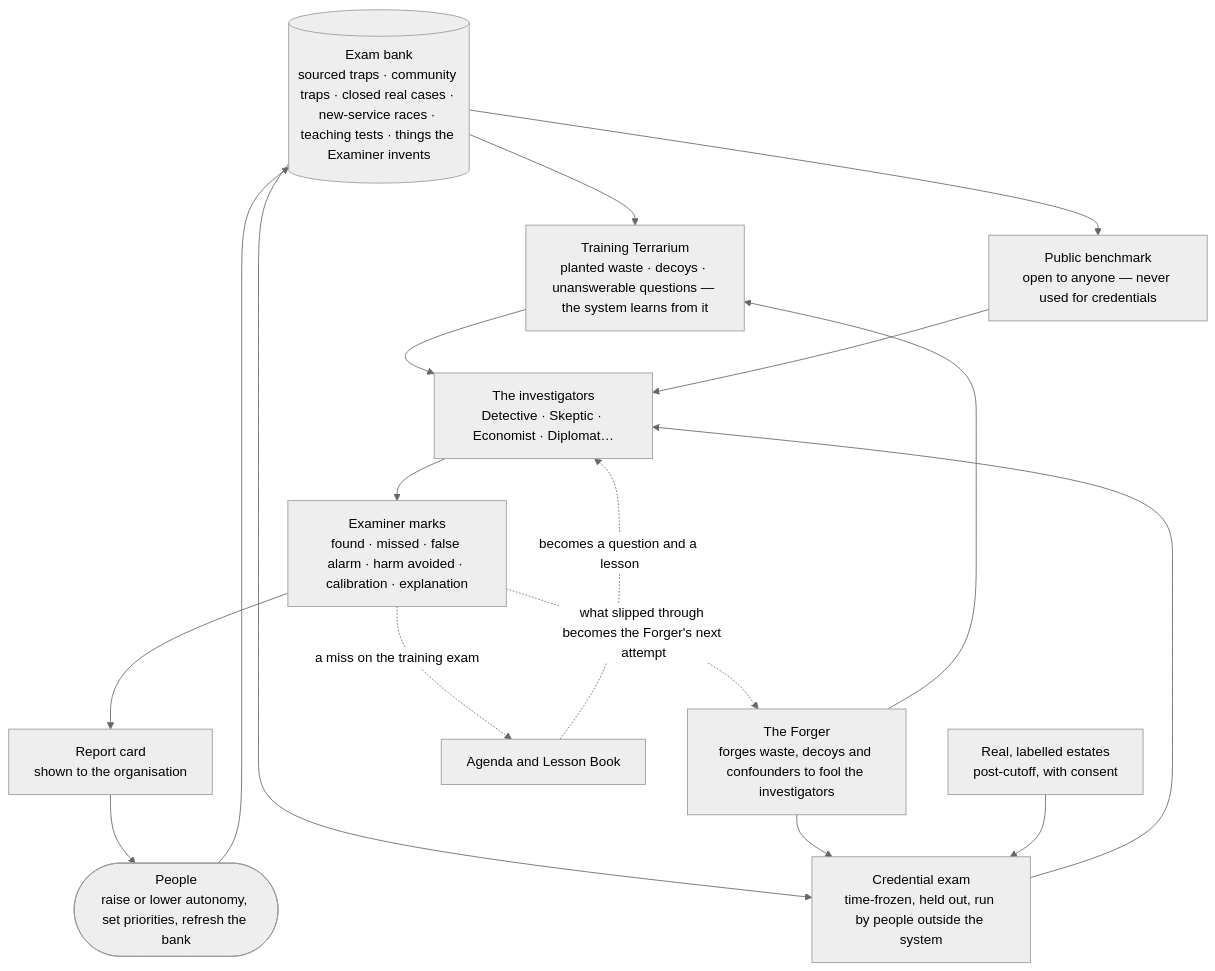
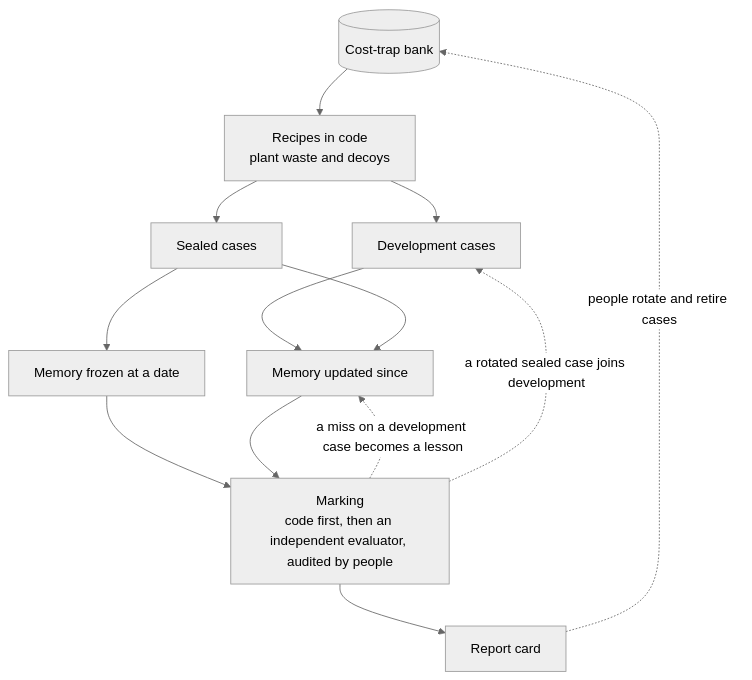
Before and after one commit to tinodo/meternaut: the diagram in docs/07-getting-smarter.md, drawn with Mermaid (neutral theme). The commit also changed other lines of this file and 69 other files, not shown here.

````diff
--- a/docs/07-getting-smarter.md
+++ b/docs/07-getting-smarter.md
@@ -84,30 +73,23 @@
 ```mermaid
 flowchart TB
-    EB[("Exam bank<br/>sourced traps · community traps · closed real cases · new-service races · teaching tests · things the Examiner invents")]
-    FG["The Forger<br/>forges waste, decoys and confounders to fool the investigators"]
-    TR["Training Terrarium<br/>planted waste · decoys · unanswerable questions — the system learns from it"]
-    PB["Public benchmark<br/>open to anyone — never used for credentials"]
-    CE["Credential exam<br/>time-frozen, held out, run by people outside the system"]
-    RE["Real, labelled estates<br/>post-cutoff, with consent"]
-    IN["The investigators<br/>Detective · Skeptic · Economist · Diplomat…"]
-    SC["Examiner marks<br/>found · missed · false alarm · harm avoided · calibration · explanation"]
-    RC["Report card<br/>shown to the organisation"]
-    AG["Agenda and Lesson Book"]
-    HU(["People<br/>raise or lower autonomy, set priorities, refresh the bank"])
-    EB --> TR
-    EB --> PB
-    EB --> CE
-    FG --> TR
-    FG --> CE
-    RE --> CE
-    TR --> IN
-    PB --> IN
-    CE --> IN
-    IN --> SC
-    SC --> RC
-    RC --> HU
-    HU --> EB
-    SC -.->|"a miss on the training exam"| AG
-    AG -.->|"becomes a question and a lesson"| IN
-    SC -.->|"what slipped through becomes the Forger's next attempt"| FG
+    BK[("Cost-trap bank")]
+    GEN["Recipes in code<br/>plant waste and decoys"]
+    DEV["Development cases"]
+    SEAL["Sealed cases"]
+    FZ["Memory frozen at a date"]
+    UP["Memory updated since"]
+    MK["Marking<br/>code first, then an independent evaluator, audited by people"]
+    RC["Report card"]
+    BK --> GEN
+    GEN --> DEV
+    GEN --> SEAL
+    DEV --> UP
+    SEAL --> FZ
+    SEAL --> UP
+    FZ --> MK
+    UP --> MK
+    MK --> RC
+    RC -.->|"people rotate and retire cases"| BK
+    MK -.->|"a miss on a development case becomes a lesson"| UP
+    MK -.->|"a rotated sealed case joins development"| DEV
 ```
````
